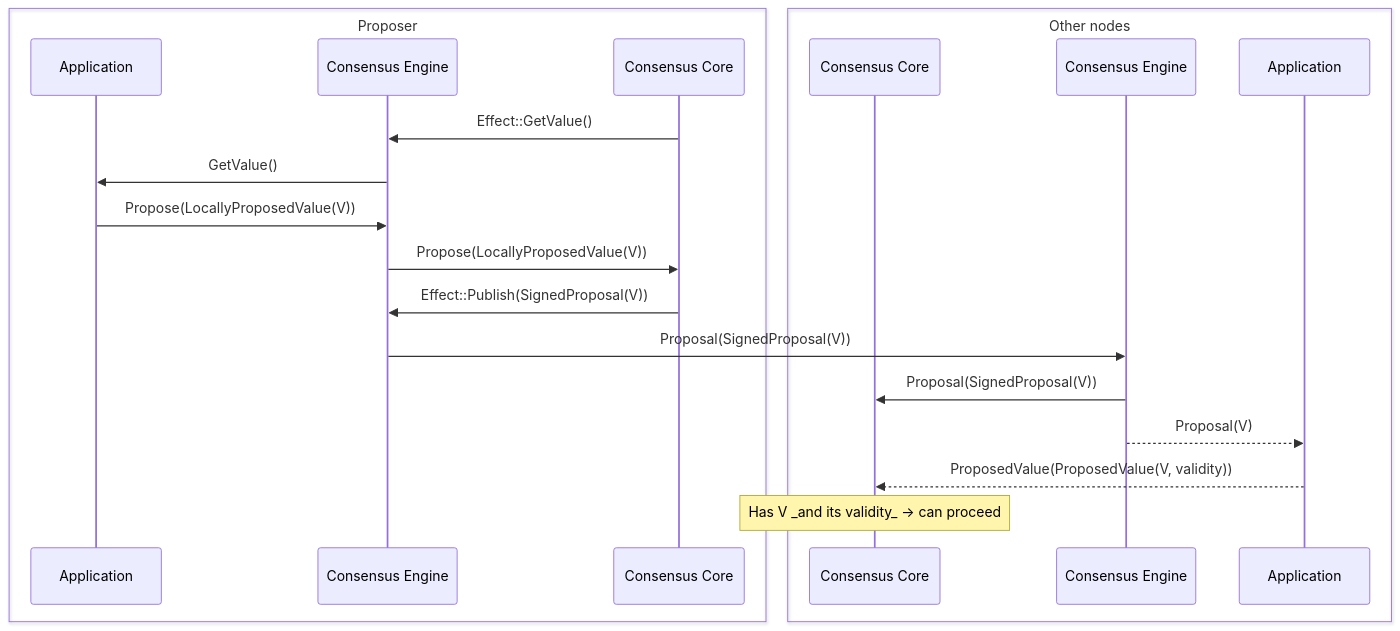
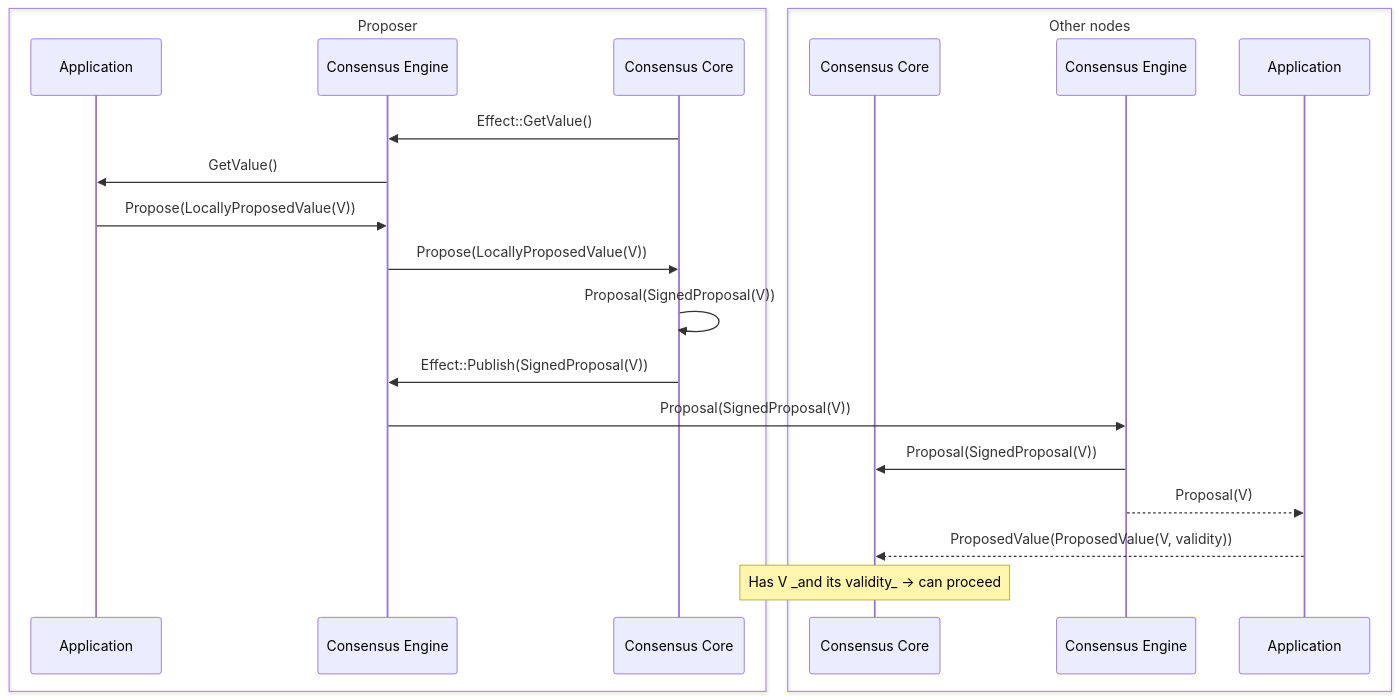
The first of 3 diagrams in docs/architecture/adr-003-values-propagation.md (circlefin/malachite), drawn with Mermaid before and after one commit. The commit also changed other lines of this file, not shown here.

Commit message:
Show streaming before LocallyProposedValue, add own Proposal msg

````diff
--- a/docs/architecture/adr-003-values-propagation.md
+++ b/docs/architecture/adr-003-values-propagation.md
@@ -152,28 +152,29 @@
 ```mermaid
 sequenceDiagram
     box Proposer
       participant A1 as Application
       participant E1 as Consensus Engine
       participant C1 as Consensus Core
     end
 
     box Other nodes
       participant C2 as Consensus Core
       participant E2 as Consensus Engine
       participant A2 as Application
     end
 
     C1->>E1: Effect::GetValue()
     E1->>A1: GetValue()
     A1->>E1: Propose(LocallyProposedValue(V))
     E1->>C1: Propose(LocallyProposedValue(V))
+    C1->>C1: Proposal(SignedProposal(V))
     C1->>E1: Effect::Publish(SignedProposal(V))
     E1->>E2: Proposal(SignedProposal(V))
 
     E2->>C2: Proposal(SignedProposal(V))
     E2-->>A2: Proposal(V)
     A2-->>C2: ProposedValue(ProposedValue(V, validity))
 
     Note over C2: Has V _and its validity_ → can proceed
 
 ```
````
